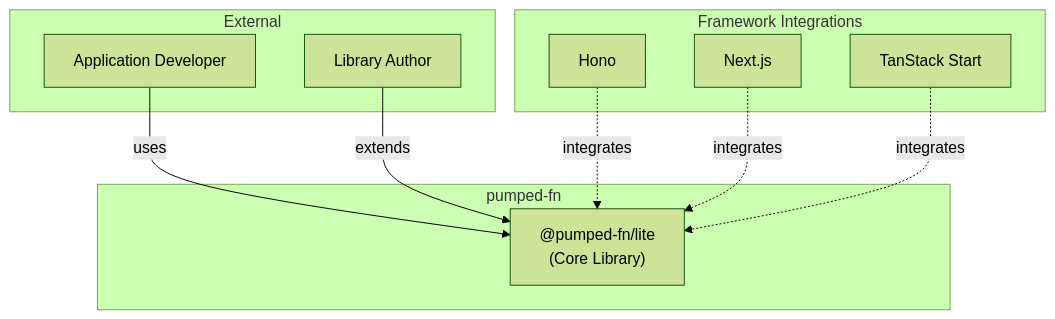
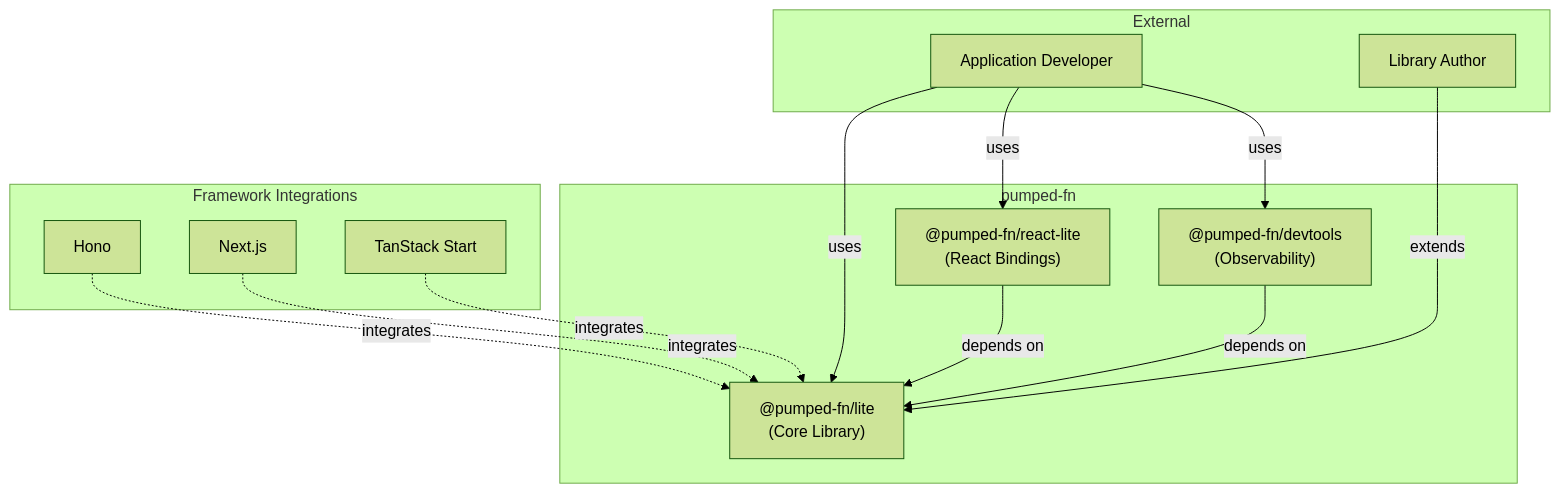
One commit to pumped-fn/pumped-fn changed the diagram in .c3/README.md. Above: the diagram before and after it, drawn with Mermaid (forest theme). The commit also changed other lines of this file and 18 other files, not shown here.

First line of the commit message:
feat(devtools): add @pumped-fn/devtools package

````diff
--- a/.c3/README.md
+++ b/.c3/README.md
@@ -27,24 +27,31 @@
 ```mermaid
 graph TB
     subgraph "External"
         AppDev[Application Developer]
         LibAuthor[Library Author]
     end
 
     subgraph "pumped-fn"
         Lite["@pumped-fn/lite<br/>(Core Library)"]
+        ReactLite["@pumped-fn/react-lite<br/>(React Bindings)"]
+        Devtools["@pumped-fn/devtools<br/>(Observability)"]
     end
 
     subgraph "Framework Integrations"
         Hono[Hono]
         NextJS[Next.js]
         TanStack[TanStack Start]
     end
 
     AppDev -->|uses| Lite
+    AppDev -->|uses| ReactLite
+    AppDev -->|uses| Devtools
     LibAuthor -->|extends| Lite
+
+    ReactLite -->|depends on| Lite
+    Devtools -->|depends on| Lite
 
     Hono -.->|integrates| Lite
     NextJS -.->|integrates| Lite
     TanStack -.->|integrates| Lite
 ```
````
